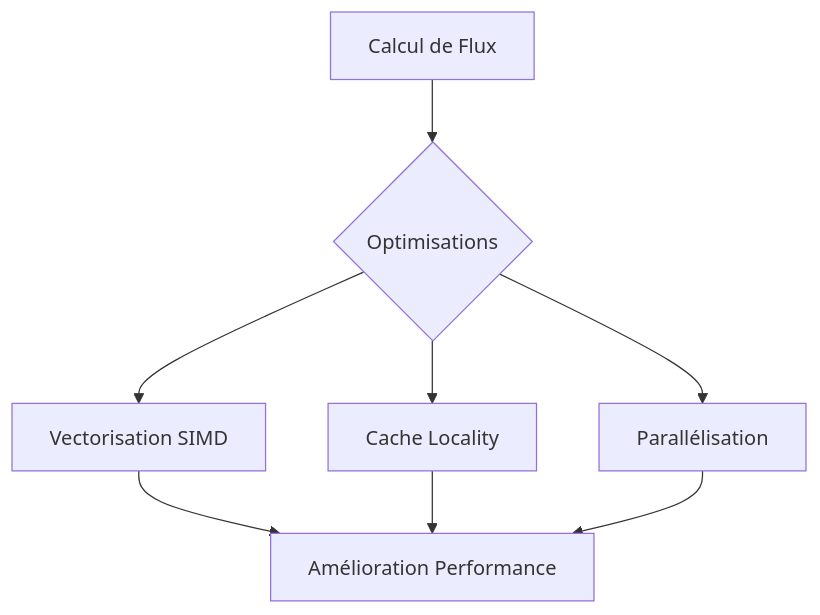
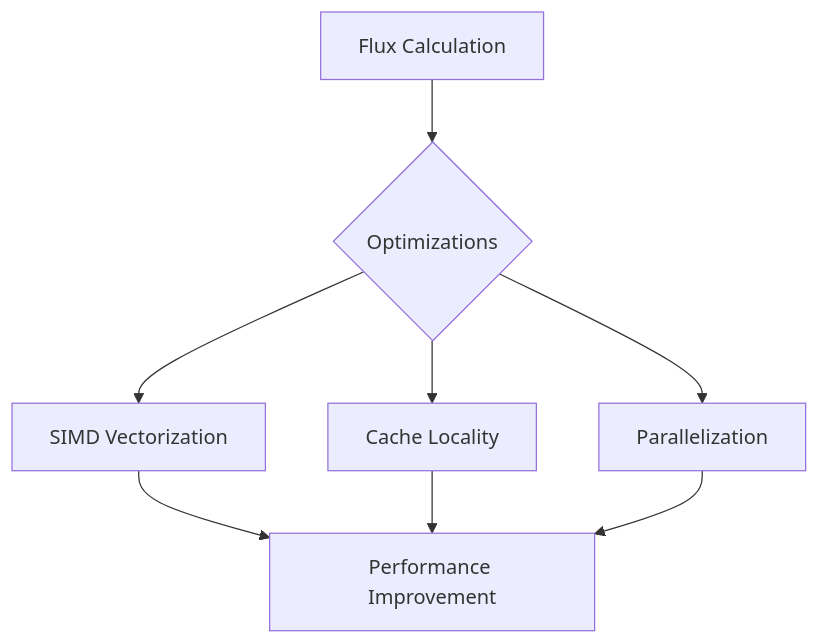
Before and after one commit to sbstndb/samurai: diagram 17 of 19 in docs/numerical_schemes.md, drawn with Mermaid. The commit also changed other lines of this file and 8 other files, not shown here.

````diff
--- a/docs/numerical_schemes.md
+++ b/docs/numerical_schemes.md
@@ -479,11 +479,11 @@
 ```mermaid
 graph TB
-    A[Calcul de Flux] --> B{Optimisations}
-    B --> C[Vectorisation SIMD]
+    A[Flux Calculation] --> B{Optimizations}
+    B --> C[SIMD Vectorization]
     B --> D[Cache Locality]
-    B --> E[Parallélisation]
+    B --> E[Parallelization]
     
-    C --> F[Amélioration Performance]
+    C --> F[Performance Improvement]
     D --> F
     E --> F
 ```
````
